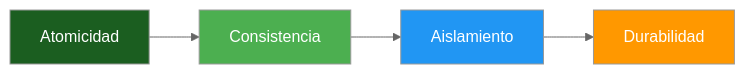
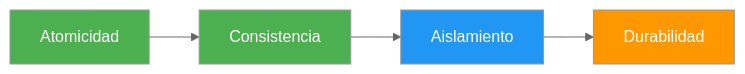
The second of 8 diagrams in 15-transacciones-identificadores.md (joseluisgs/DesarrolloWebEntornosServidor-02-2026-2027), drawn with Mermaid (neutral theme) before and after one commit. The commit also changed 15 other files, not shown here.

````diff
--- a/15-transacciones-identificadores.md
+++ b/15-transacciones-identificadores.md
@@ -76,10 +76,10 @@
 ```mermaid
 flowchart LR
     A["Atomicidad"] --> C["Consistencia"]
     C --> I["Aislamiento"]
     I --> D["Durabilidad"]
-    style A fill:#1B5E20,color:#fff
+    style A fill:#4CAF50,color:#fff
     style C fill:#4CAF50,color:#fff
     style I fill:#2196F3,color:#fff
     style D fill:#FF9800,color:#fff
 ```
````
